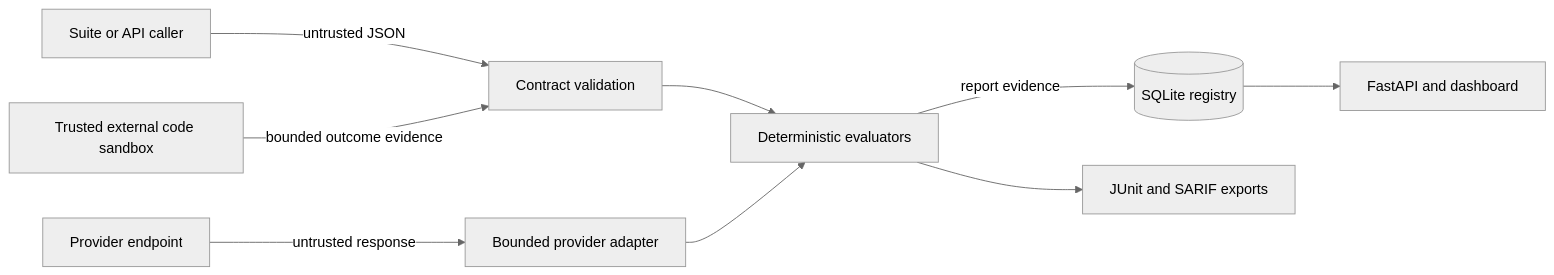
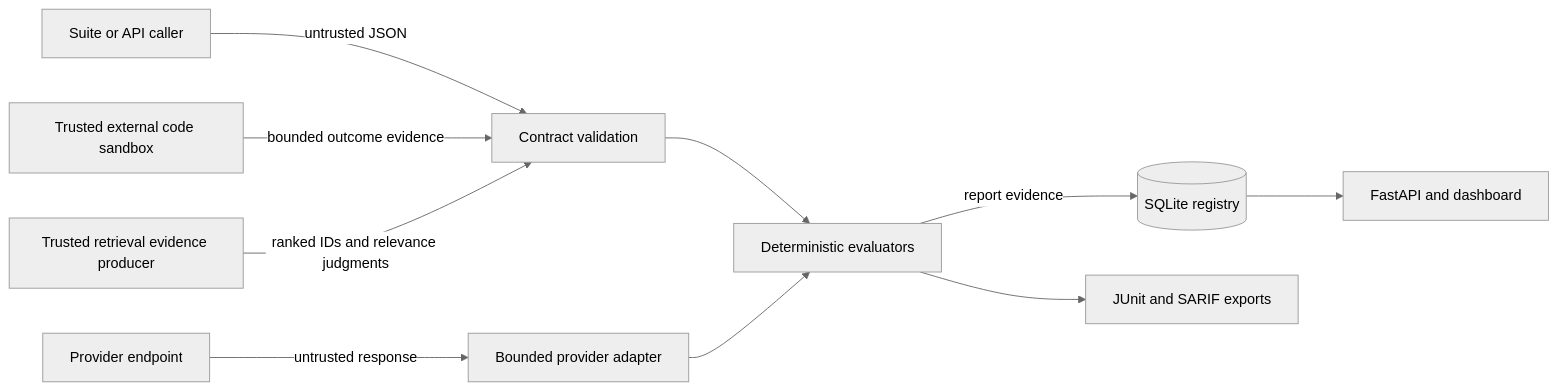
Before and after one commit to navaneeth9908/evalforge: the diagram in docs/threat-model.md, drawn with Mermaid (neutral theme). The commit also changed other lines of this file and 13 other files, not shown here.

````diff
--- a/docs/threat-model.md
+++ b/docs/threat-model.md
@@ -31,11 +32,12 @@
 ```mermaid
 flowchart LR
     U[Suite or API caller] -->|untrusted JSON| V[Contract validation]
     V --> E[Deterministic evaluators]
     P[Provider endpoint] -->|untrusted response| A[Bounded provider adapter]
     A --> E
     E -->|report evidence| S[(SQLite registry)]
     S --> API[FastAPI and dashboard]
     E --> CI[JUnit and SARIF exports]
     H[Trusted external code sandbox] -->|bounded outcome evidence| V
+    R[Trusted retrieval evidence producer] -->|ranked IDs and relevance judgments| V
 ```
````
